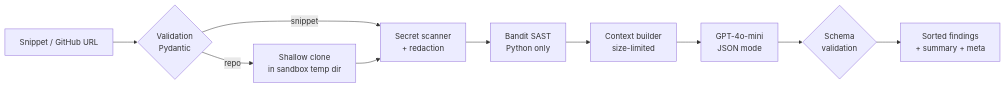
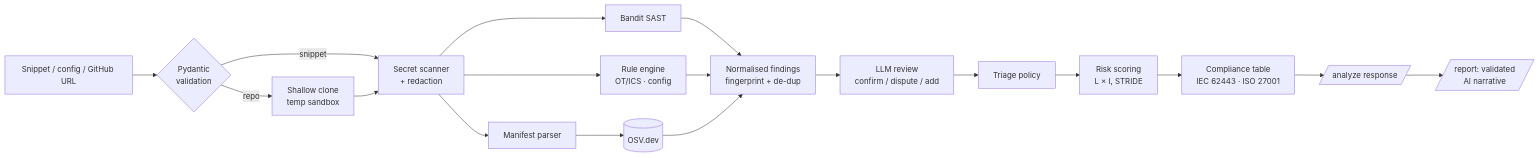
Before and after one commit to olegicks/ai-appsec-reviewer: the diagram in README.md, drawn with Mermaid. The commit also changed other lines of this file, not shown here.

Commit message:
docs: rewrite README for v2 with OT rules, risk formula, compliance and evaluation

````diff
--- a/README.md
+++ b/README.md
@@ -48,12 +52,17 @@
 ```mermaid
 flowchart LR
-    A[Snippet / GitHub URL] --> B{Validation<br/>Pydantic}
-    B -->|repo| C[Shallow clone<br/>in sandbox temp dir]
-    B -->|snippet| D
-    C --> D[Secret scanner<br/>+ redaction]
-    D --> E[Bandit SAST<br/>Python only]
-    E --> F[Context builder<br/>size-limited]
-    F --> G[GPT-4o-mini<br/>JSON mode]
-    G --> H{Schema<br/>validation}
-    H --> I[Sorted findings<br/>+ summary + meta]
+    IN[Snippet / config / GitHub URL] --> V{Pydantic<br/>validation}
+    V -->|repo| C[Shallow clone<br/>temp sandbox]
+    V -->|snippet| R
+    C --> R[Secret scanner<br/>+ redaction]
+    R --> B[Bandit SAST]
+    R --> RU[Rule engine<br/>OT/ICS · config]
+    R --> D[Manifest parser] --> O[(OSV.dev)]
+    B & RU & O --> M[Normalised findings<br/>fingerprint + de-dup]
+    M --> AI[LLM review<br/>confirm / dispute / add]
+    AI --> T[Triage policy]
+    T --> RS[Risk scoring<br/>L × I, STRIDE]
+    RS --> CM[Compliance table<br/>IEC 62443 · ISO 27001]
+    CM --> API[/analyze response/]
+    API --> REP[/report: validated<br/>AI narrative/]
 ```
````
